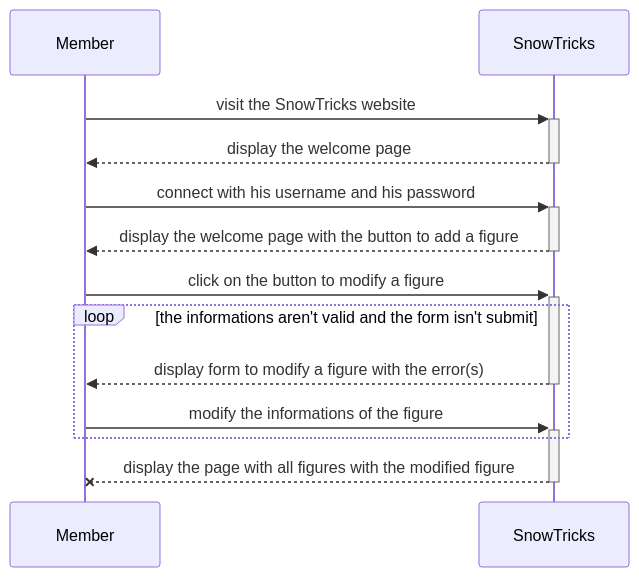
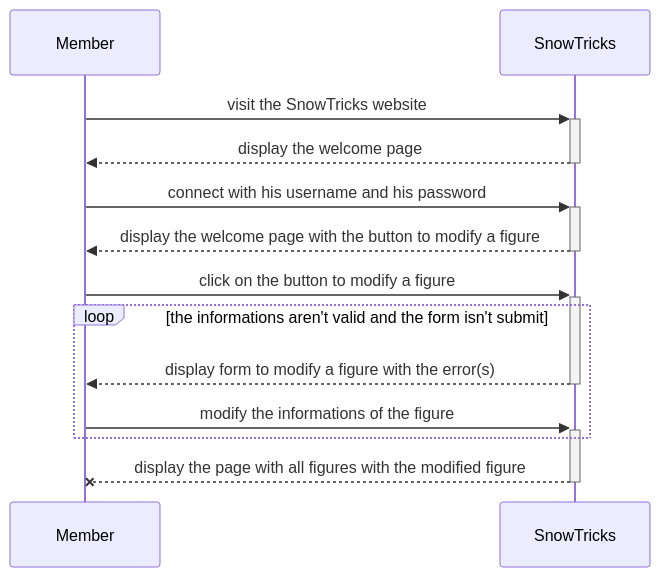
One commit to GabrielSAPONARA/SnowTricks changed the diagram in umlDiagrams/sequenceDiagrams/figureSequenceDiagrams/modifyFigureSequenceDiagram.mmd. Above: the diagram before and after it, drawn with Mermaid. The commit also changed 10 other files, not shown here.

Commit message:
closes #3, closes #4, closes #14; :wrench: finish sequence, use case and class diagrams

```diff
--- a/umlDiagrams/sequenceDiagrams/figureSequenceDiagrams/modifyFigureSequenceDiagram.mmd
+++ b/umlDiagrams/sequenceDiagrams/figureSequenceDiagrams/modifyFigureSequenceDiagram.mmd
@@ -1,11 +1,11 @@
 sequenceDiagram
     Member->>+SnowTricks: visit the SnowTricks website
     SnowTricks-->>-Member: display the welcome page
     Member->>+SnowTricks: connect with his username and his password
-    SnowTricks-->>-Member: display the welcome page with the button to add a figure
+    SnowTricks-->>-Member: display the welcome page with the button to modify a figure
     Member->>+SnowTricks: click on the button to modify a figure
     loop the informations aren't valid and the form isn't submit
     SnowTricks-->>-Member: display form to modify a figure with the error(s)
     Member->>+SnowTricks: modify the informations of the figure
     end
     SnowTricks --x- Member: display the page with all figures with the modified figure
```
